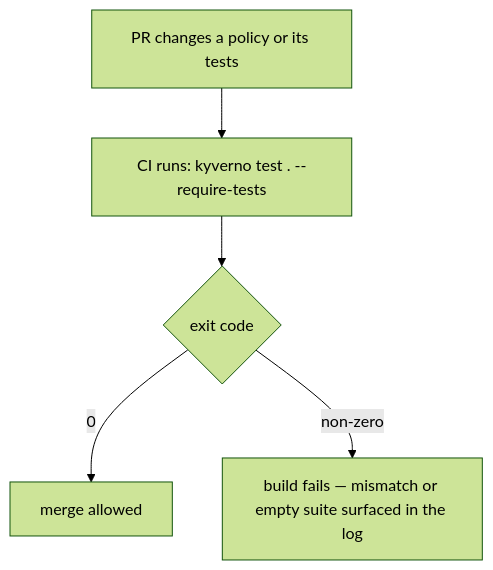
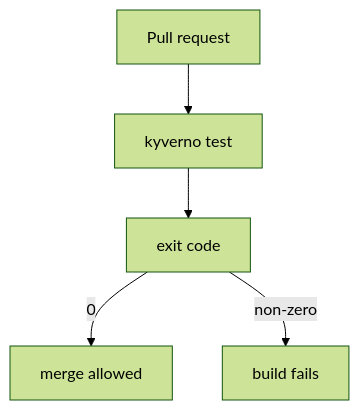
Before and after one commit to astrona-io/ATS009: the diagram in sections/section-030/module-01/course-02-running-and-interpreting-test-results.md, drawn with Mermaid (forest theme). The commit also changed other lines of this file and 12 other files, not shown here.

````diff
--- a/sections/section-030/module-01/course-02-running-and-interpreting-test-results.md
+++ b/sections/section-030/module-01/course-02-running-and-interpreting-test-results.md
@@ -45,7 +108,7 @@
 ```mermaid
-flowchart TD
-    A["PR changes a policy or its tests"] --> B["CI runs: kyverno test . --require-tests"]
-    B --> C{"exit code"}
-    C -->|0| D["merge allowed"]
-    C -->|non-zero| E["build fails — mismatch or empty suite surfaced in the log"]
+flowchart TB
+    A["Pull request"] --> B["kyverno test"]
+    B --> C["exit code"]
+    C -->|"0"| D["merge allowed"]
+    C -->|"non-zero"| E["build fails"]
 ```
````
